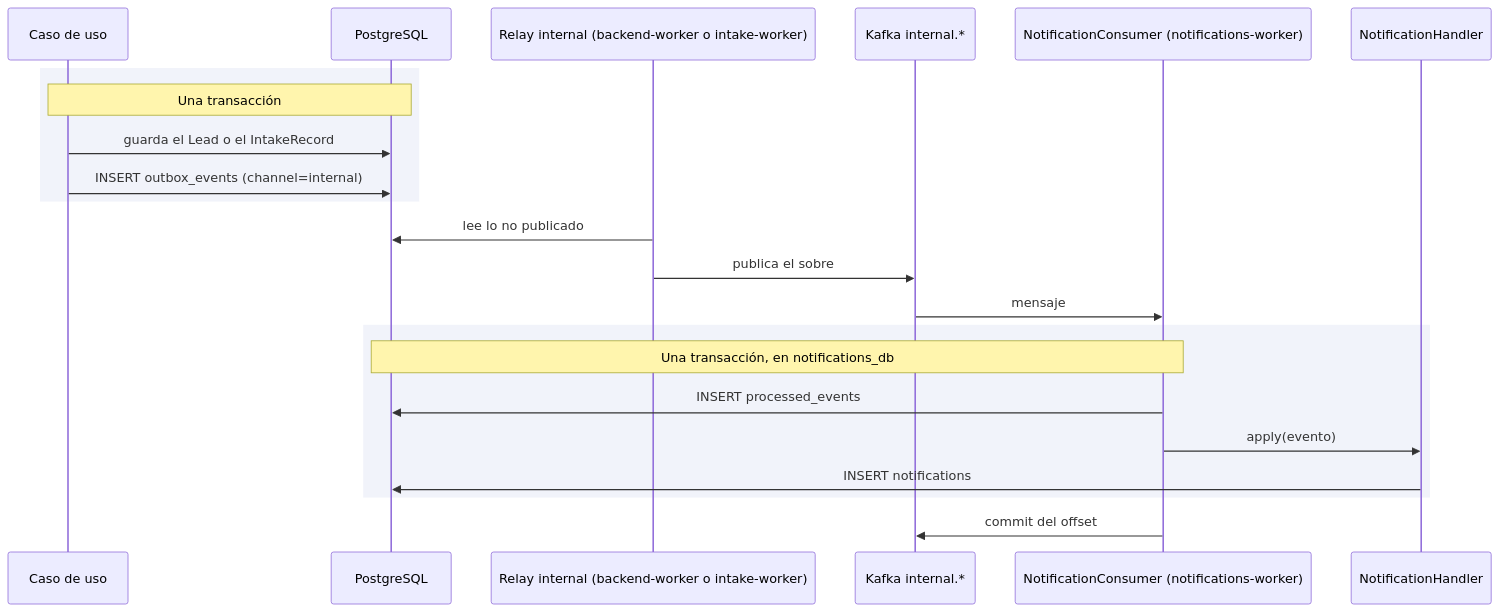
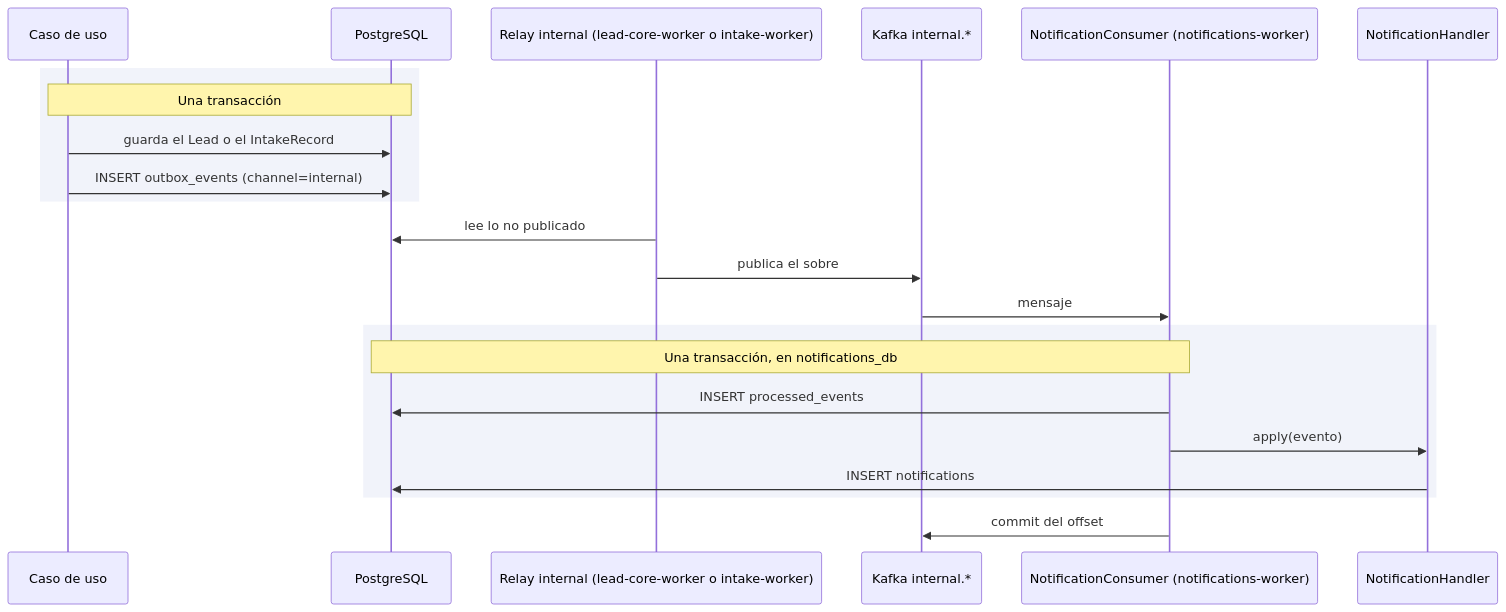
One commit to MDCIrony/leads-hexa changed the diagram in docs/content/modulos/notificaciones.md. Above: the diagram before and after it, drawn with Mermaid. The commit also changed other lines of this file and 23 other files, not shown here.

Commit message:
docs: describe lead-core as a service across the site

````diff
--- a/docs/content/modulos/notificaciones.md
+++ b/docs/content/modulos/notificaciones.md
@@ -28,25 +27,25 @@
 ```mermaid
 sequenceDiagram
     participant UC as Caso de uso
     participant DB as PostgreSQL
-    participant R as Relay internal (backend-worker o intake-worker)
+    participant R as Relay internal (lead-core-worker o intake-worker)
     participant K as Kafka internal.*
     participant NC as NotificationConsumer (notifications-worker)
     participant NH as NotificationHandler
 
     rect rgba(63,81,181,0.07)
     note over UC,DB: Una transacción
     UC->>DB: guarda el Lead o el IntakeRecord
     UC->>DB: INSERT outbox_events (channel=internal)
     end
     R->>DB: lee lo no publicado
     R->>K: publica el sobre
     K->>NC: mensaje
     rect rgba(63,81,181,0.07)
     note over NC,DB: Una transacción, en notifications_db
     NC->>DB: INSERT processed_events
     NC->>NH: apply(evento)
     NH->>DB: INSERT notifications
     end
     NC->>K: commit del offset
 ```
````
